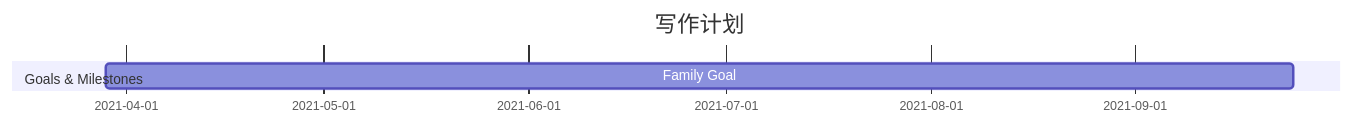
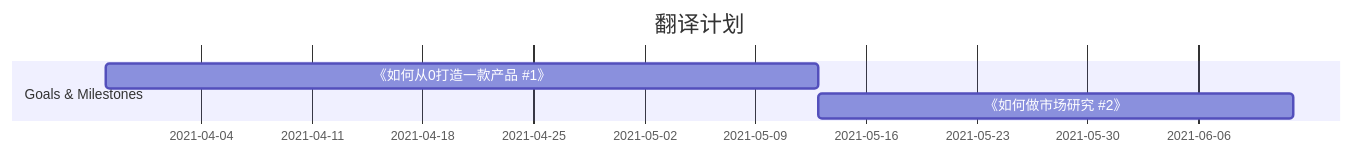
One commit to goooooouwa/writings changed the diagram in _posts/side project/2021-03-29-writing-plan.md. Above: the diagram before and after it, drawn with Mermaid. The commit also changed other lines of this file, not shown here.

```diff
--- a/_posts/side project/2021-03-29-writing-plan.md
+++ b/_posts/side project/2021-03-29-writing-plan.md
@@ -13,8 +12,9 @@
 <div class="mermaid">
     gantt
-    title 写作计划
+    title 翻译计划
     dateFormat  YYYY-MM-DD
 
     section Goals & Milestones
-    Family Goal :2021-03-29, 180d
+    《如何从0打造一款产品 #1》 :2021-03-29, 45d
+    《如何做市场研究 #2》 :30d
 </div>
```
